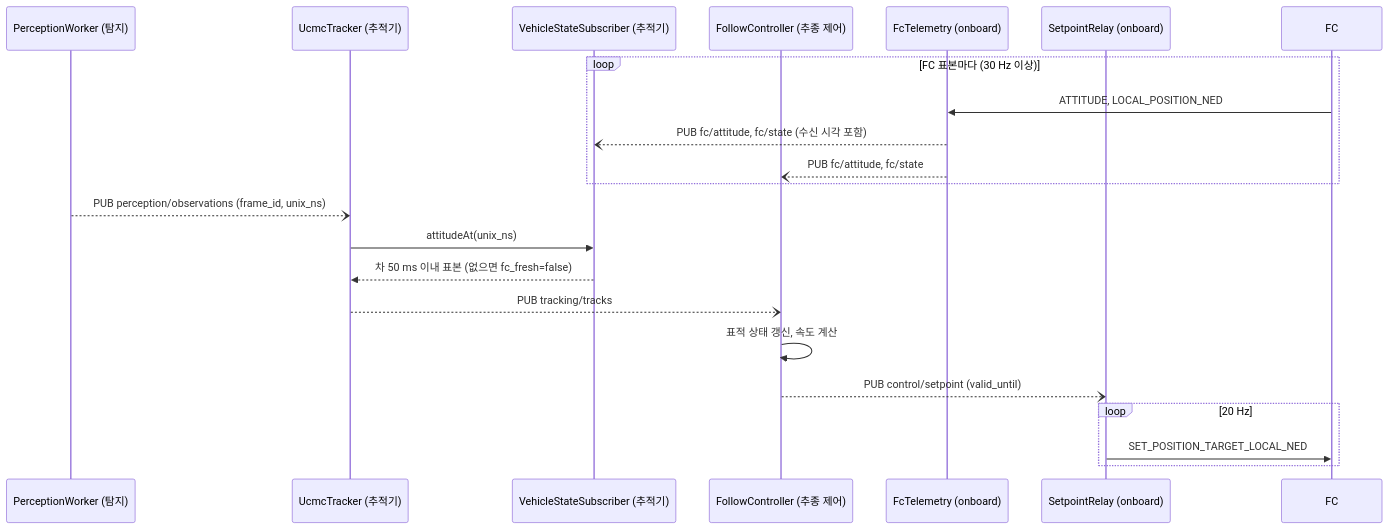
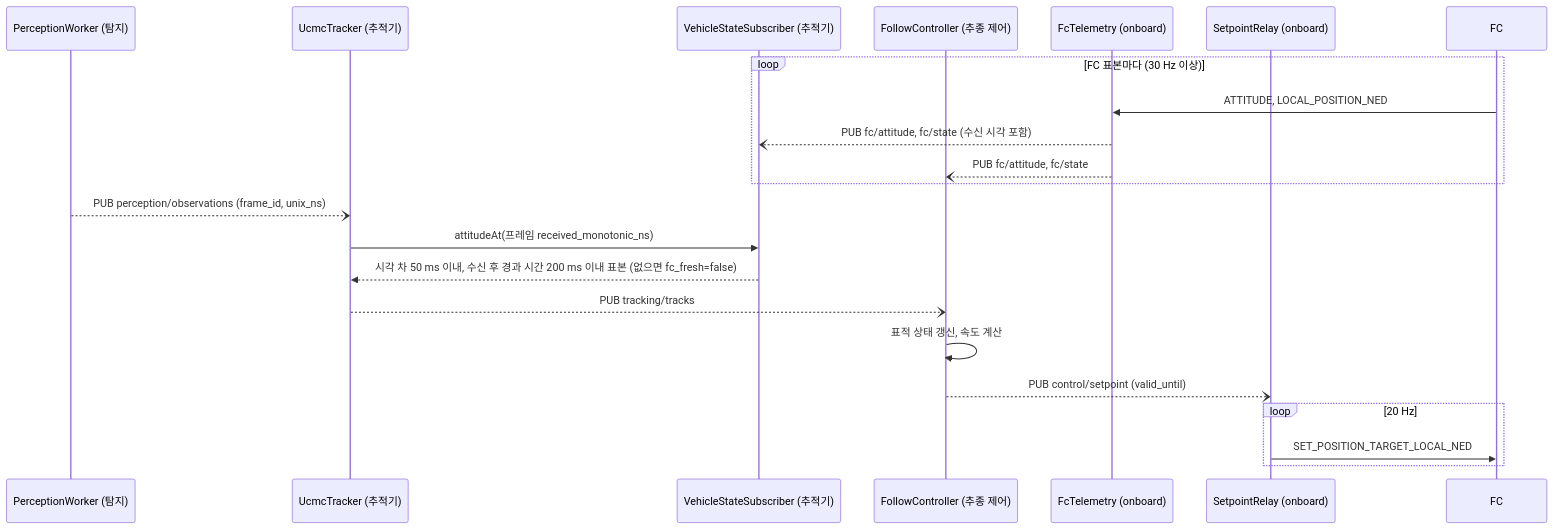
The second of 4 diagrams in docs/design/uml/sequence.md (lig-argus/argus-edge-vision), drawn with Mermaid before and after one commit. The commit also changed other lines of this file and 5 other files, not shown here.

First line of the commit message:
docs: UML 에 추적·추종 담당 리뷰 반영

````diff
--- a/docs/design/uml/sequence.md
+++ b/docs/design/uml/sequence.md
@@ -55,25 +56,25 @@
 ```mermaid
 sequenceDiagram
     participant vis as PerceptionWorker (탐지)
     participant trk as UcmcTracker (추적기)
     participant vss as VehicleStateSubscriber (추적기)
     participant ctl as FollowController (추종 제어)
     participant fct as FcTelemetry (onboard)
     participant spr as SetpointRelay (onboard)
     participant fc as FC
 
     loop FC 표본마다 (30 Hz 이상)
         fc->>fct: ATTITUDE, LOCAL_POSITION_NED
         fct--)vss: PUB fc/attitude, fc/state (수신 시각 포함)
         fct--)ctl: PUB fc/attitude, fc/state
     end
     vis--)trk: PUB perception/observations (frame_id, unix_ns)
-    trk->>vss: attitudeAt(unix_ns)
-    vss-->>trk: 차 50 ms 이내 표본 (없으면 fc_fresh=false)
+    trk->>vss: attitudeAt(프레임 received_monotonic_ns)
+    vss-->>trk: 시각 차 50 ms 이내, 수신 후 경과 시간 200 ms 이내 표본 (없으면 fc_fresh=false)
     trk--)ctl: PUB tracking/tracks
     ctl->>ctl: 표적 상태 갱신, 속도 계산
     ctl--)spr: PUB control/setpoint (valid_until)
     loop 20 Hz
         spr->>fc: SET_POSITION_TARGET_LOCAL_NED
     end
 ```
````
